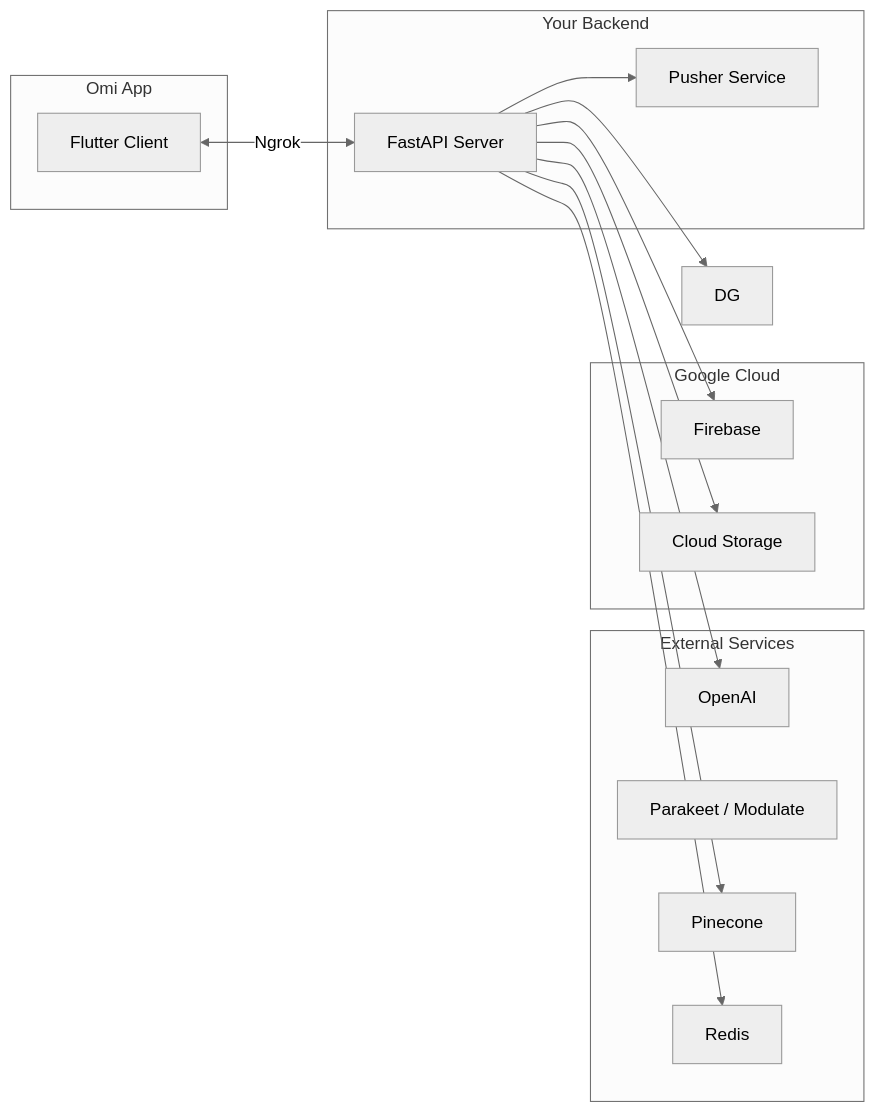
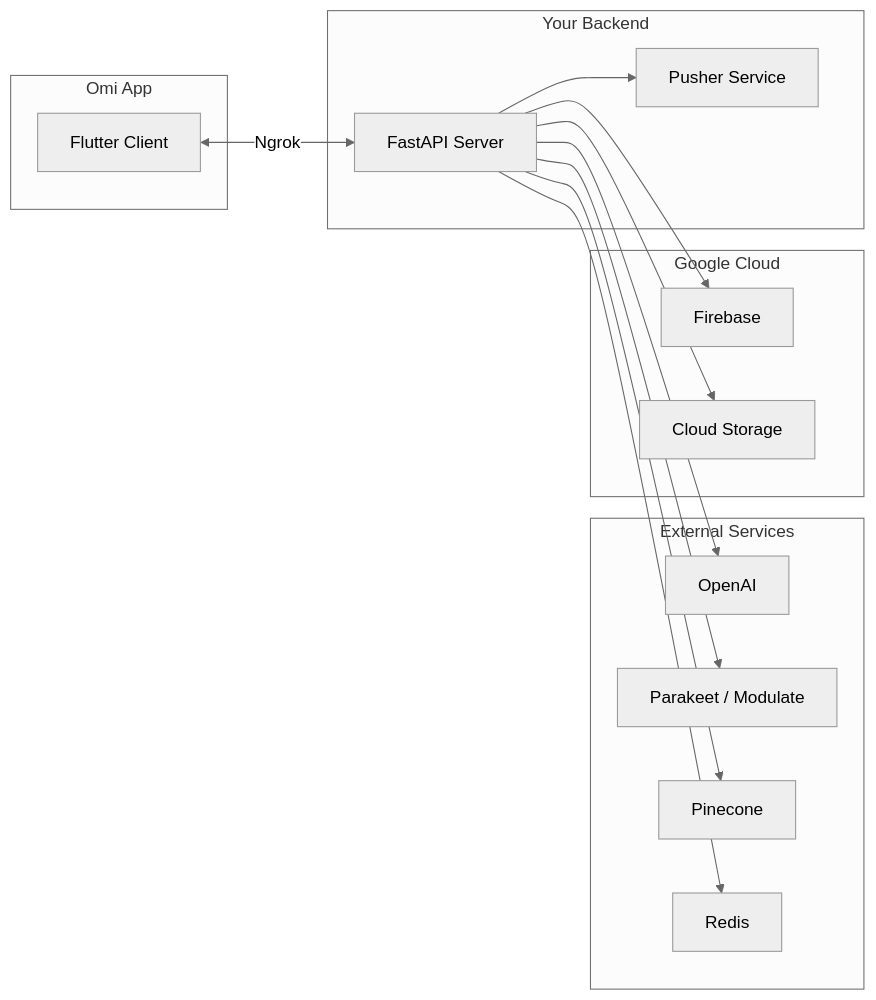
One commit to BasedHardware/omi changed the diagram in docs/doc/developer/backend/Backend_Setup.mdx. Above: the diagram before and after it, drawn with Mermaid (neutral theme). The commit also changed other lines of this file and 97 other files, not shown here.

````diff
--- a/docs/doc/developer/backend/Backend_Setup.mdx
+++ b/docs/doc/developer/backend/Backend_Setup.mdx
@@ -19,32 +21,32 @@
 ```mermaid
 flowchart LR
     subgraph External["External Services"]
         OAI[OpenAI]
         STT[Parakeet / Modulate]
         Pine[Pinecone]
         Redis[Redis]
     end
 
     subgraph Google["Google Cloud"]
         FB[Firebase]
         GCS[Cloud Storage]
     end
 
     subgraph Backend["Your Backend"]
         API[FastAPI Server]
         Push[Pusher Service]
     end
 
     subgraph App["Omi App"]
         Flutter[Flutter Client]
     end
 
     Flutter <-->|Ngrok| API
     API --> OAI
-    API --> DG
+    API --> STT
     API --> Pine
     API --> Redis
     API --> FB
     API --> GCS
     API --> Push
 ```
````
